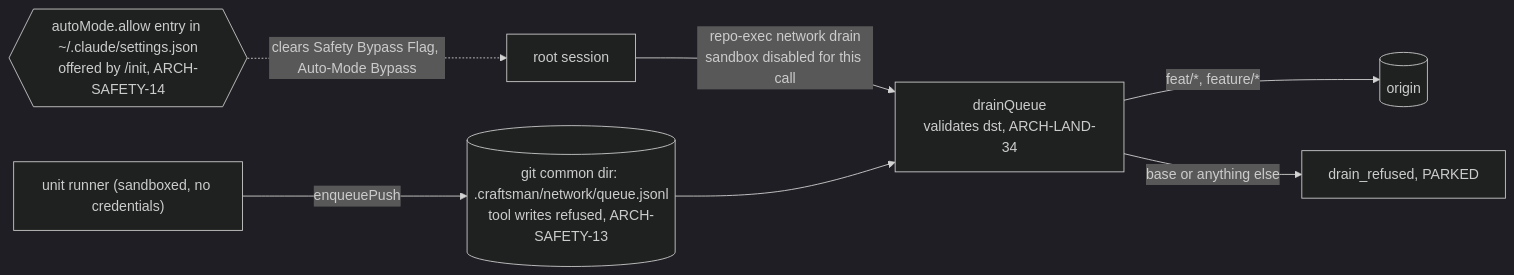
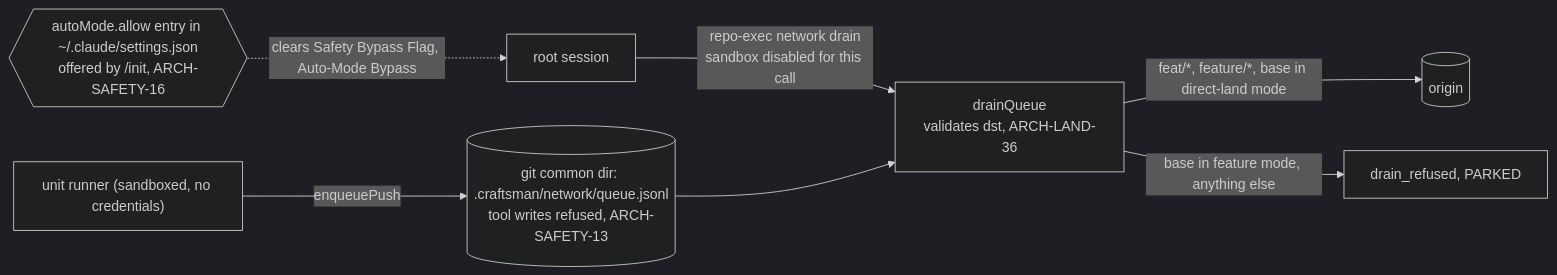
The second of 2 diagrams in docs/architecture/safety.md (plantgreytrees/craftsman), drawn with Mermaid (dark theme) before and after one commit. The commit also changed other lines of this file and 4 other files, not shown here.

First line of the commit message:
docs(architecture): ARCH-LAND-36 replaces 34 and ARCH-SAFETY-16 replaces 14 (owner decision)

````diff
--- a/docs/architecture/safety.md
+++ b/docs/architecture/safety.md
@@ -72,9 +72,9 @@
 ```mermaid
 flowchart LR
   runner["unit runner (sandboxed, no credentials)"] -->|enqueuePush| queue[("git common dir: .craftsman/network/queue.jsonl<br/>tool writes refused, ARCH-SAFETY-13")]
-  root["root session"] -->|"repo-exec network drain<br/>sandbox disabled for this call"| drain["drainQueue<br/>validates dst, ARCH-LAND-34"]
+  root["root session"] -->|"repo-exec network drain<br/>sandbox disabled for this call"| drain["drainQueue<br/>validates dst, ARCH-LAND-36"]
   queue --> drain
-  drain -->|"feat/*, feature/*"| origin[("origin")]
-  drain -->|"base or anything else"| park["drain_refused, PARKED"]
-  entry{{"autoMode.allow entry in ~/.claude/settings.json<br/>offered by /init, ARCH-SAFETY-14"}} -.->|"clears Safety Bypass Flag, Auto-Mode Bypass"| root
+  drain -->|"feat/*, feature/*, base in direct-land mode"| origin[("origin")]
+  drain -->|"base in feature mode, anything else"| park["drain_refused, PARKED"]
+  entry{{"autoMode.allow entry in ~/.claude/settings.json<br/>offered by /init, ARCH-SAFETY-16"}} -.->|"clears Safety Bypass Flag, Auto-Mode Bypass"| root
 ```
````
